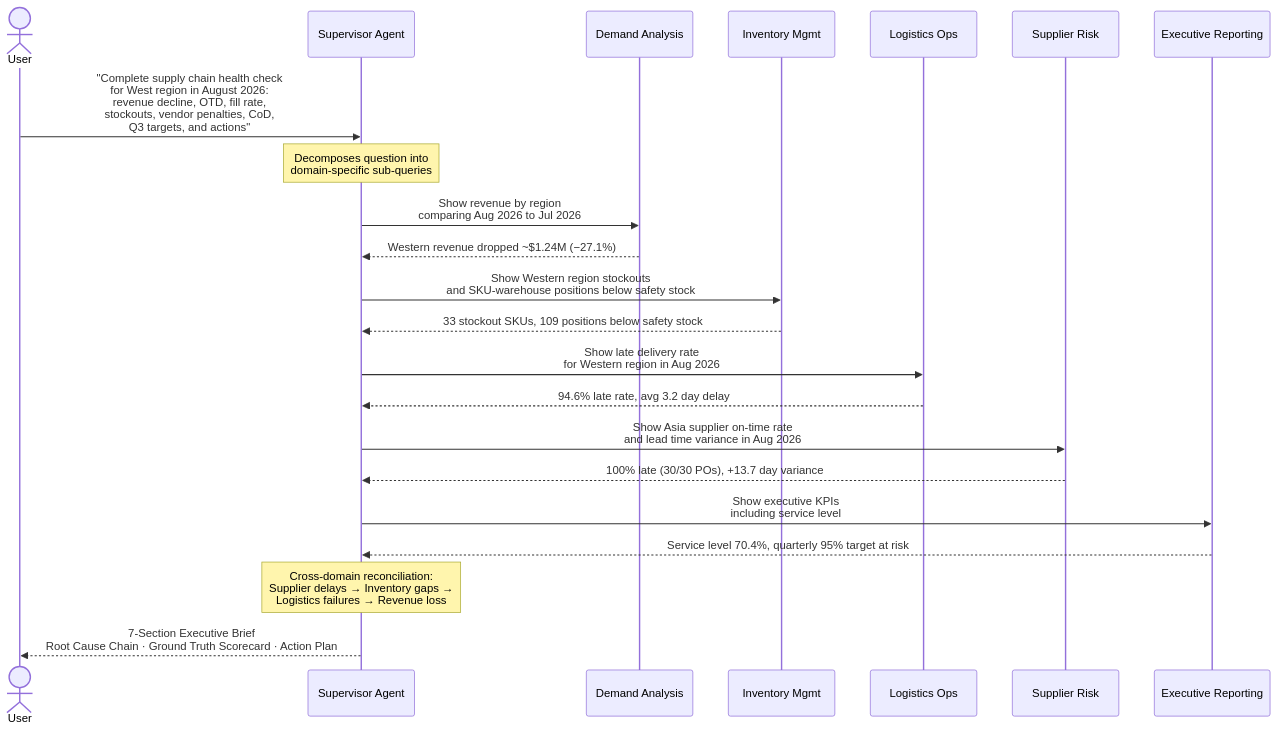
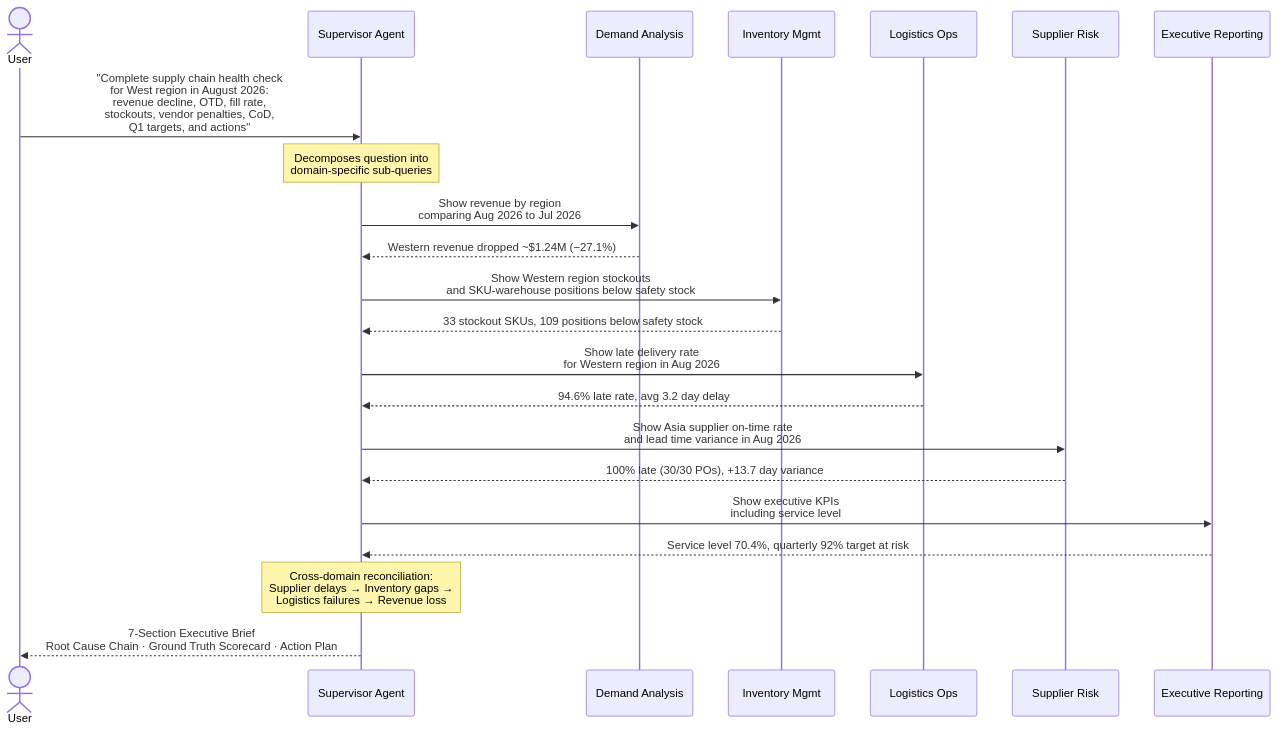
The second of 3 diagrams in README.md (saketml79/GAP_genie_multiagent_datanalysis_demo), drawn with Mermaid before and after one commit. The commit also changed other lines of this file and 9 other files, not shown here.

````diff
--- a/README.md
+++ b/README.md
@@ -329,32 +343,32 @@
 ```mermaid
 sequenceDiagram
     actor User
     participant S as Supervisor Agent
     participant DA as Demand Analysis
     participant IM as Inventory Mgmt
     participant LO as Logistics Ops
     participant SR as Supplier Risk
     participant ER as Executive Reporting
-    User->>S: "Complete supply chain health check<br/>for West region in August 2026:<br/>revenue decline, OTD, fill rate,<br/>stockouts, vendor penalties, CoD,<br/>Q3 targets, and actions"
+    User->>S: "Complete supply chain health check<br/>for West region in August 2026:<br/>revenue decline, OTD, fill rate,<br/>stockouts, vendor penalties, CoD,<br/>Q1 targets, and actions"
 
     Note over S: Decomposes question into<br/>domain-specific sub-queries
 
     S->>DA: Show revenue by region<br/>comparing Aug 2026 to Jul 2026
     DA-->>S: Western revenue dropped ~$1.24M (−27.1%)
 
     S->>IM: Show Western region stockouts<br/>and SKU-warehouse positions below safety stock
     IM-->>S: 33 stockout SKUs, 109 positions below safety stock
 
     S->>LO: Show late delivery rate<br/>for Western region in Aug 2026
     LO-->>S: 94.6% late rate, avg 3.2 day delay
 
     S->>SR: Show Asia supplier on-time rate<br/>and lead time variance in Aug 2026
     SR-->>S: 100% late (30/30 POs), +13.7 day variance
 
     S->>ER: Show executive KPIs<br/>including service level
-    ER-->>S: Service level 70.4%, quarterly 95% target at risk
+    ER-->>S: Service level 70.4%, quarterly 92% target at risk
 
     Note over S: Cross-domain reconciliation:<br/>Supplier delays → Inventory gaps →<br/>Logistics failures → Revenue loss
 
     S-->>User: 7-Section Executive Brief<br/>Root Cause Chain · Ground Truth Scorecard · Action Plan
 ```
````
